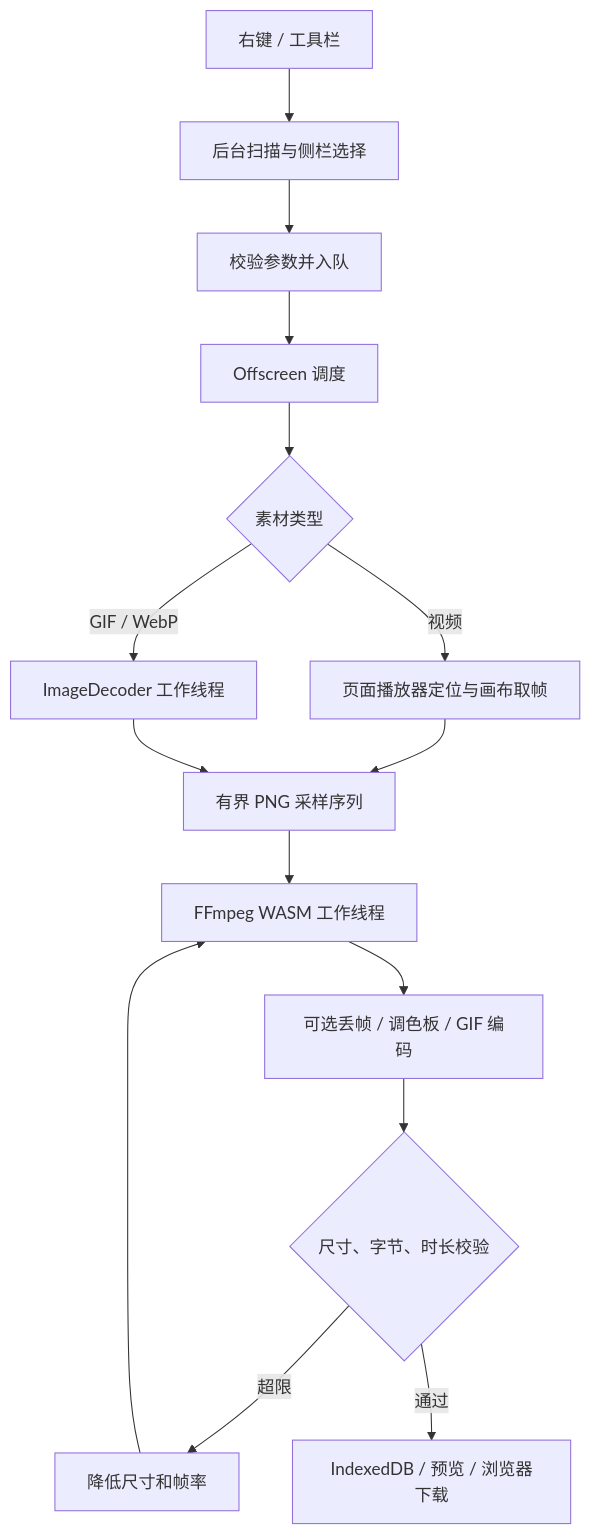
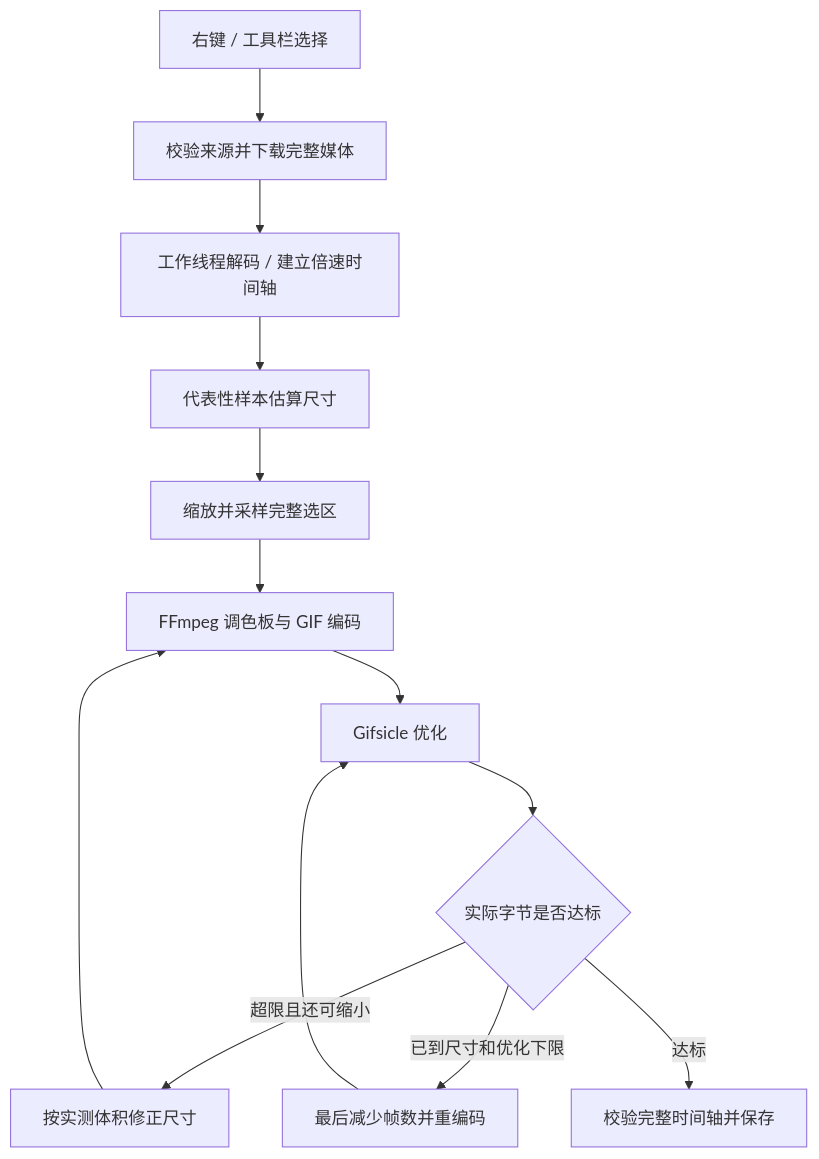
The diagram in docs/DEVELOPMENT.md (CarGuo/gif-chrome-plugin), drawn with Mermaid before and after one commit. The commit also changed other lines of this file and 90 other files, not shown here.

````diff
--- a/docs/DEVELOPMENT.md
+++ b/docs/DEVELOPMENT.md
@@ -68,17 +75,15 @@
 ```mermaid
 flowchart TD
-  A[右键 / 工具栏] --> B[后台扫描与侧栏选择]
-  B --> C[校验参数并入队]
-  C --> D[Offscreen 调度]
-  D --> E{素材类型}
-  E -->|视频| F[页面播放器定位与画布取帧]
-  E -->|GIF / WebP| G[ImageDecoder 工作线程]
-  F --> H[有界 PNG 采样序列]
-  G --> H
-  H --> I[FFmpeg WASM 工作线程]
-  I --> J[可选丢帧 / 调色板 / GIF 编码]
-  J --> K{尺寸、字节、时长校验}
-  K -->|超限| L[降低尺寸和帧率]
-  L --> I
-  K -->|通过| M[IndexedDB / 预览 / 浏览器下载]
+  A[右键 / 工具栏选择] --> B[校验来源并下载完整媒体]
+  B --> C[工作线程解码 / 建立倍速时间轴]
+  C --> D[代表性样本估算尺寸]
+  D --> E[缩放并采样完整选区]
+  E --> F[FFmpeg 调色板与 GIF 编码]
+  F --> G[Gifsicle 优化]
+  G --> H{实际字节是否达标}
+  H -->|超限且还可缩小| I[按实测体积修正尺寸]
+  I --> F
+  H -->|已到尺寸和优化下限| J[最后减少帧数并重编码]
+  J --> G
+  H -->|达标| K[校验完整时间轴并保存]
 ```
````
